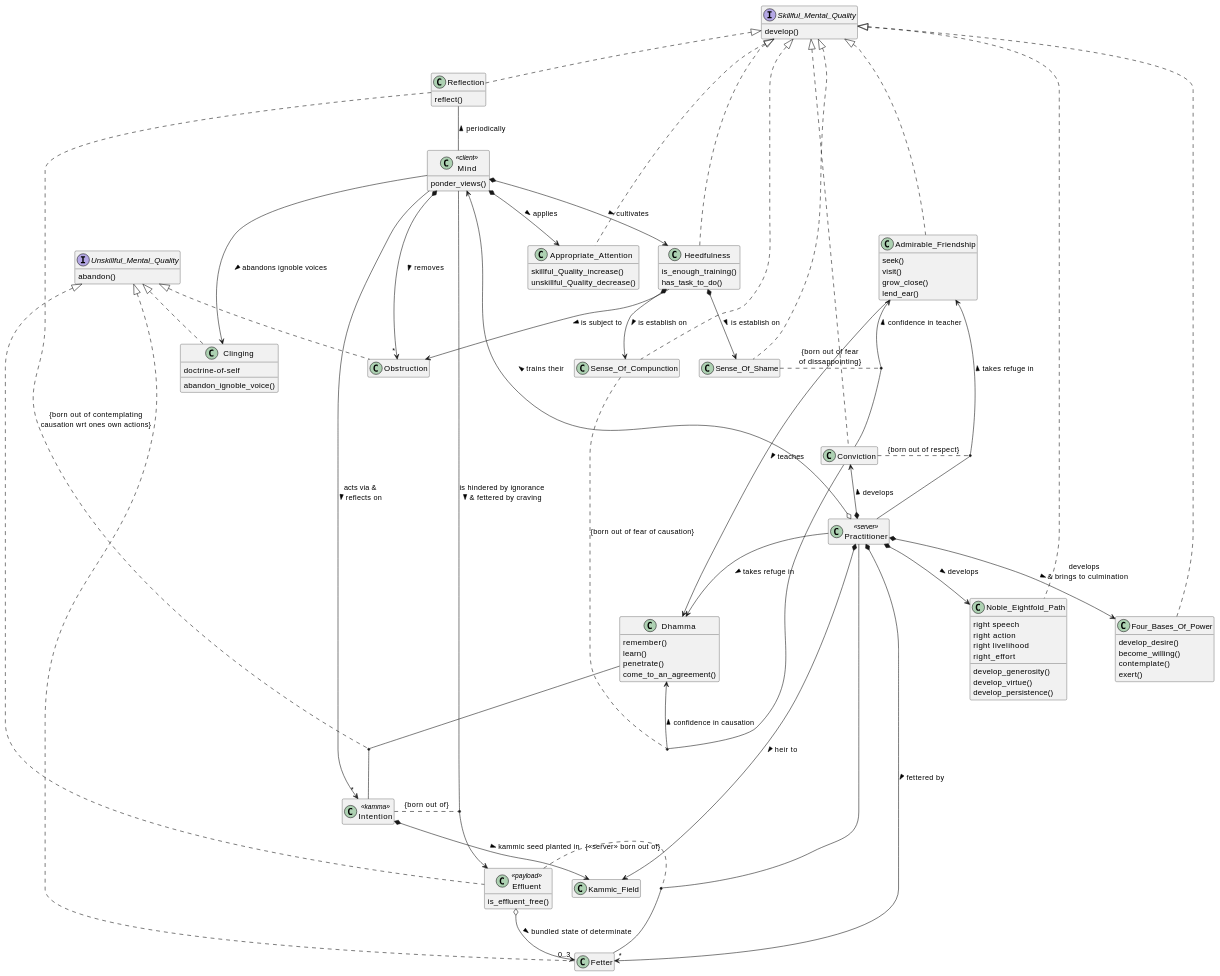
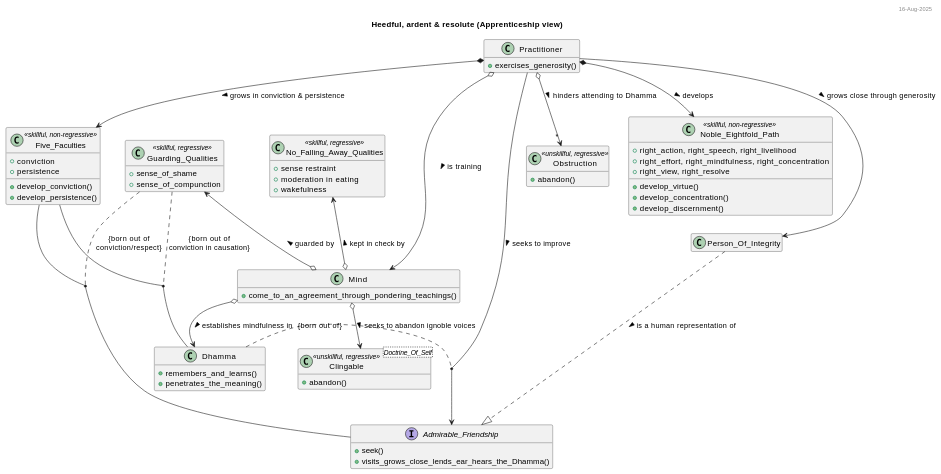
One commit to suttaplayer/dn34-PROGRESSING-BY-TENS changed the third of 6 diagrams in notebookLM/guide/guide_to_writing_PBT_patterns.md. Above: the diagram before and after it, drawn with PlantUML. The commit also changed other lines of this file and 2 other files, not shown here.

Commit message:
- completed the heedfulness diagrams - renaming heedfulness pattern to Heedful, ardent & resolute

````diff
--- a/notebookLM/guide/guide_to_writing_PBT_patterns.md
+++ b/notebookLM/guide/guide_to_writing_PBT_patterns.md
@@ -443,105 +549,77 @@
 ```plantuml
-@startuml
+@startuml helpful-sol-class-apprenticeship
+header 16-Aug-2025
+title Heedful, ardent & resolute (Apprenticeship view) 
 hide empty members
 
-interface Skillful_Mental_Quality {
-    develop()
-}
-interface Unskillful_Mental_Quality {
-    abandon()
+interface Admirable_Friendship {
+    + seek()
+    + visits_grows_close_lends_ear_hears_the_Dhamma()
 }
 
-class Mind <<client>>{
-  ponder_views()
+class Practitioner {
+    + exercises_generosity()
 }
 
-class Appropriate_Attention implements Skillful_Mental_Quality {
-  skillful_Quality_increase()
-  unskillful_Quality_decrease()
-}
-class Practitioner <<server>>
-class Heedfulness implements Skillful_Mental_Quality {
-    is_enough_training()
-    has_task_to_do()
+class Dhamma {
+    + remembers_and_learns()
+    + penetrates_the_meaning()
 }
 
-class Intention <<kamma>>
-class Conviction implements Skillful_Mental_Quality
-class Dhamma {
-    remember()
-    learn()
-    penetrate()
-    come_to_an_agreement()
-}
-class Sense_Of_Shame implements Skillful_Mental_Quality
-class Sense_Of_Compunction implements Skillful_Mental_Quality
-class Obstruction implements Unskillful_Mental_Quality
-class Noble_Eightfold_Path implements Skillful_Mental_Quality {
-  right speech
-  right action
-  right livelihood
-  right_effort
-
-  develop_generosity()
-  develop_virtue()
-  develop_persistence()
+class Clingable<Doctrine_Of_Self> <<unskillful, regressive>>{
+    + abandon()
 }
 
-class Four_Bases_Of_Power implements Skillful_Mental_Quality {
-    develop_desire()
-    become_willing()
-    contemplate()
-    exert()
+class Five_Faculties <<skillful, non-regressive>> {
+    + conviction
+    + persistence
+    + develop_conviction()
+    + develop_persistence()
 }
 
-class Reflection implements Skillful_Mental_Quality {
-    reflect()
+class Mind {
+    + come_to_an_agreement_through_pondering_teachings()
 }
-class Effluent <<payload>> implements Unskillful_Mental_Quality {
-    is_effluent_free()
+
+class Guarding_Qualities <<skillful, regressive>> {
+    + sense_of_shame
+    + sense_of_compunction
 }
-class Admirable_Friendship implements Skillful_Mental_Quality {
-    seek()
-    visit()
-    grow_close()
-    lend_ear()
+
+class Obstruction <<unskillful, regressive>>{
+    + abandon()
 }
-class Clinging implements Unskillful_Mental_Quality {
-  doctrine-of-self
-  abandon_ignoble_voice()
+
+class No_Falling_Away_Qualities <<skillful, regressive>> {
+    + sense restraint
+    + moderation in eating
+    + wakefulness
 }
-class Fetter implements Unskillful_Mental_Quality
-Effluent o--> "0..3" Fetter: bundled state of determinate >
-Effluent .. (Practitioner, Fetter): {<<server>> born out of}
 
-Mind *--> Appropriate_Attention: applies >
-Mind *--> "*" Obstruction: removes >
-Mind --> Effluent: is hindered by ignorance\n& fettered by craving >
-Mind --> Clinging: abandons ignoble voices >
-Mind --> "*" Intention: acts via &\nreflects on >
-Reflection .. (Dhamma, Intention): {born out of contemplating\ncausation wrt ones own actions}
-Reflection -- Mind: periodically <
-Intention .. (Mind, Effluent): {born out of}
+class Noble_Eightfold_Path <<skillful, non-regressive>> {
+    + right_action, right_speech, right_livelihood
+    + right_effort, right_mindfulness, right_concentration
+    + right_view, right_resolve
+    + develop_virtue()
+    + develop_concentration()
+    + develop_discernment()
+}
 
-Mind *--> Heedfulness: cultivates >
-Heedfulness *--> Sense_Of_Shame: is establish on >
-Heedfulness *--> Sense_Of_Compunction: is establish on >
-Heedfulness --> Obstruction: is subject to >
-Admirable_Friendship <-- Practitioner: takes refuge in <
-Conviction .. (Admirable_Friendship, Practitioner): {born out of respect}
-Admirable_Friendship <-- Conviction: confidence in teacher <
-Sense_Of_Shame .. (Admirable_Friendship, Conviction): {born out of fear\nof dissappointing}
-Dhamma <-- Conviction: confidence in causation <
-Sense_Of_Compunction .. (Dhamma, Conviction): {born out of fear of causation}
-Admirable_Friendship --> Dhamma: teaches >
+Person_Of_Integrity ..|> Admirable_Friendship: is a human representation of >
+Practitioner o--> Mind: is training >
+Mind o--> Clingable: seeks to abandon ignoble voices >
+Mind o-u-> Guarding_Qualities: guarded by >
+Mind o-u-> No_Falling_Away_Qualities: kept in check by >
+Mind o--> Dhamma: establishes mindfulness in >
+Practitioner o--> "*" Obstruction: hinders attending to Dhamma >
+Practitioner --> Admirable_Friendship: seeks to improve >
 
-Practitioner *--> Kammic_Field: heir to >
-Intention *--> Kammic_Field: kammic seed planted in >
-Practitioner *--> "*" Fetter: fettered by >
-Practitioner --> Dhamma: takes refuge in >
-Practitioner *--> Conviction: develops >
-Practitioner *--> Four_Bases_Of_Power: develops\n& brings to culmination >
+Practitioner *--> Five_Faculties: grows in conviction & persistence >
 Practitioner *--> Noble_Eightfold_Path: develops >
-Practitioner o--> Mind: trains their >
+Guarding_Qualities .l. (Five_Faculties, Dhamma): {born out of\nconviction in causation}
+Guarding_Qualities .r. (Five_Faculties, Admirable_Friendship): {born out of\nconviction/respect}
+Dhamma .. (Practitioner, Admirable_Friendship): {born out of}
+
+Practitioner --> Person_Of_Integrity: grows close through generosity >
 @enduml
 ```
````
